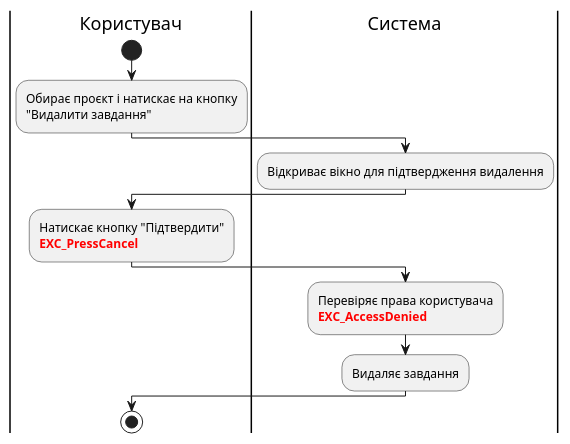
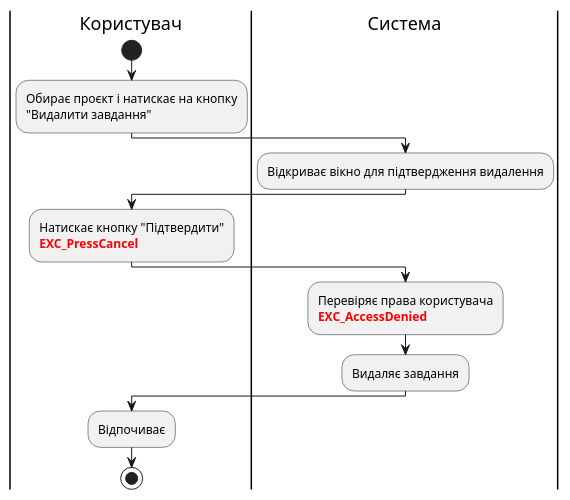
Before and after one commit to yanakozak170/pupsiki-bd-yana: the third of 3 diagrams in docs/use cases/README.md, drawn with PlantUML. The commit also changed other lines of this file, not shown here.

```diff
--- a/docs/use cases/README.md
+++ b/docs/use cases/README.md
@@ -73,18 +71,18 @@
 @startuml
 
     |Користувач|
-    start;
+    start; 
         :Обирає проєкт і натискає на кнопку\n"Видалити завдання";
     |Система|
         :Відкриває вікно для підтвердження видалення;
     |Користувач|
         :Натискає кнопку "Підтвердити"
         <font color="red"><b>EXC_PressCancel;
     |Система|
         :Перевіряє права користувача
         <font color="red"><b>EXC_AccessDenied;
         :Видаляє завдання;
     |Користувач|
+        :Відпочиває; 
     stop;
-
 @enduml
```
